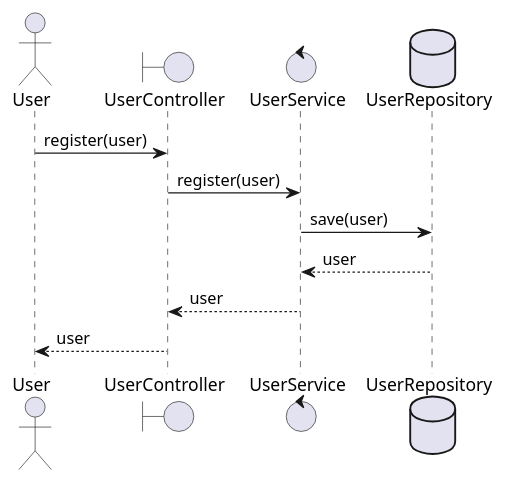
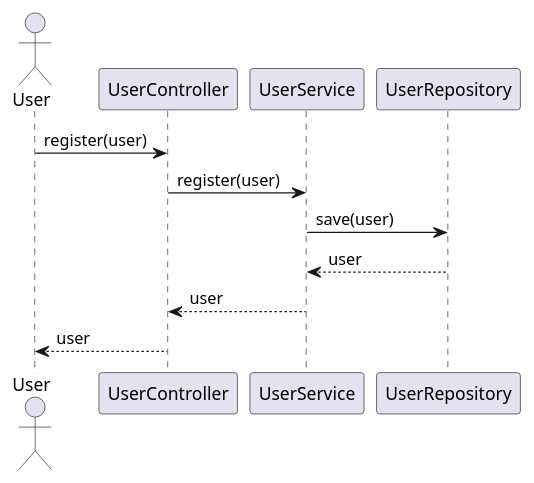
Before and after one commit to Dinesh-s95/AutoDoc.ai: the first of 6 diagrams in identityprovider/documentation/detaileddesign.adoc, drawn with PlantUML. The commit also changed other lines of this file and 11 other files, not shown here.

````diff
--- a/identityprovider/documentation/detaileddesign.adoc
+++ b/identityprovider/documentation/detaileddesign.adoc
@@ -321,16 +268,15 @@
-[plantuml, user-registration-flow, png]
-----
+```plantuml
 @startuml
 actor User
-boundary UserController
-control UserService
-database UserRepository
+participant UserController
+participant UserService
+participant UserRepository
 
 User -> UserController : register(user)
 UserController -> UserService : register(user)
 UserService -> UserRepository : save(user)
 UserRepository --> UserService : user
 UserService --> UserController : user
 UserController --> User : user
 @enduml
-----
+```
````
